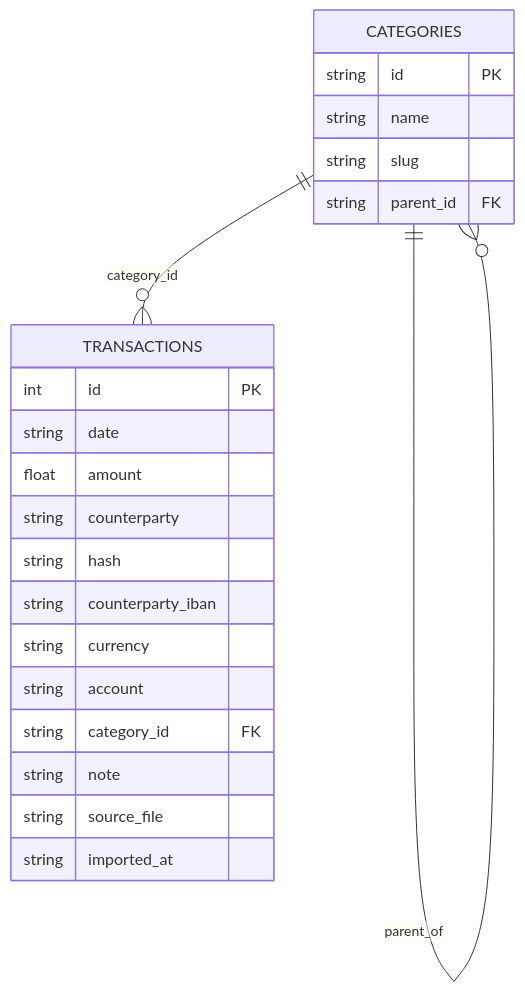
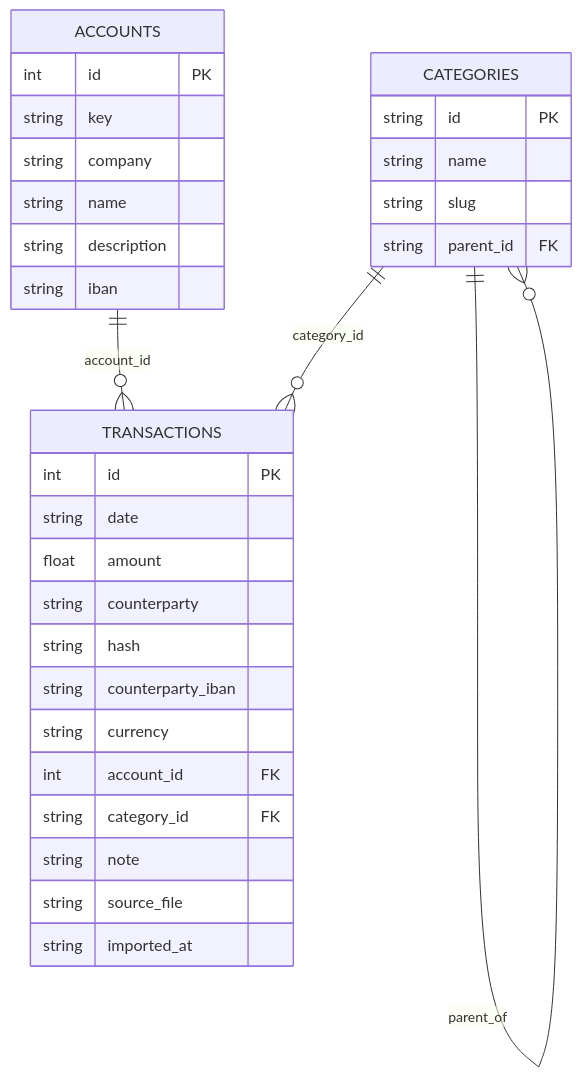
The diagram in src/db/README.md (lfarci/flouz), drawn with Mermaid before and after one commit. The commit also changed 28 other files, not shown here.

````diff
--- a/src/db/README.md
+++ b/src/db/README.md
@@ -7,27 +7,37 @@
 ```mermaid
 erDiagram
+    ACCOUNTS {
+        int id PK
+        string key
+        string company
+        string name
+        string description
+        string iban
+    }
+
     CATEGORIES {
         string id PK
         string name
         string slug
         string parent_id FK
     }
 
     TRANSACTIONS {
         int id PK
         string date
         float amount
         string counterparty
         string hash
         string counterparty_iban
         string currency
-        string account
+        int account_id FK
         string category_id FK
         string note
         string source_file
         string imported_at
     }
 
+    ACCOUNTS ||--o{ TRANSACTIONS : account_id
     CATEGORIES ||--o{ CATEGORIES : parent_of
     CATEGORIES ||--o{ TRANSACTIONS : category_id
 ```
````
